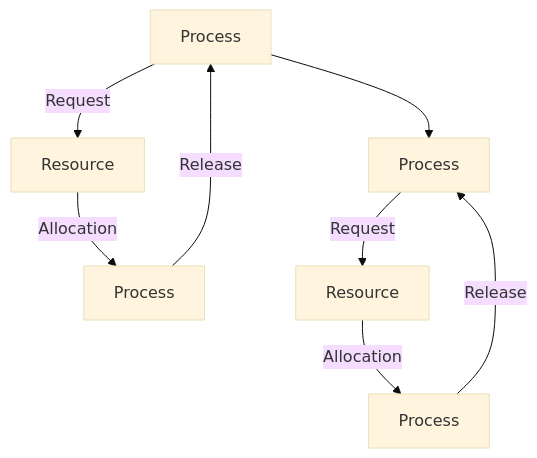
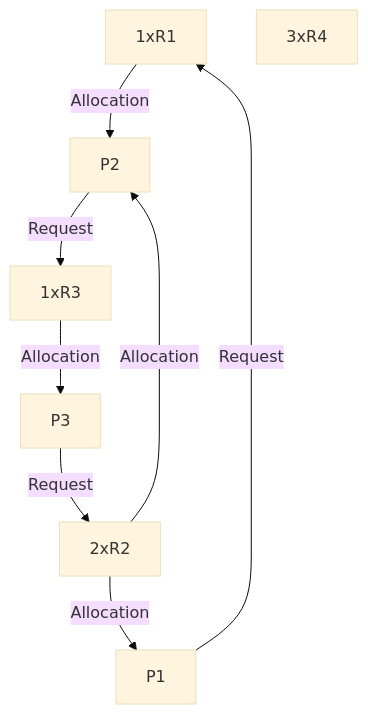
The second of 2 diagrams in 5 - Operating Systems/40 - Process Deadlock.md (Cyberistic/Kuwait-University-Computer-Engineering-Masters-Prep-2025), drawn with Mermaid (base theme) before and after one commit. The commit also changed other lines of this file, not shown here.

````diff
--- a/5 - Operating Systems/40 - Process Deadlock.md
+++ b/5 - Operating Systems/40 - Process Deadlock.md
@@ -51,10 +38,12 @@
 ```mermaid
 graph TD
-    A[Process] -->|Request| B[Resource]
-    B -->|Allocation| C[Process]
-    C -->|Release| A
-    D[Process] -->|Request| E[Resource]
-    E -->|Allocation| F[Process]
-    F -->|Release| D
-    A --> D
+    A[1xR1] -->|Allocation| B[P2]
+    C[P1] -->|Request| A
+    B -->|Request| D[1xR3]
+    E[2xR2] -->|Allocation| C
+    E -->|Allocation| B
+    D -->|Allocation| F[P3]
+    G[3xR4]
+    F -->|Request| E
+
 ```
````
